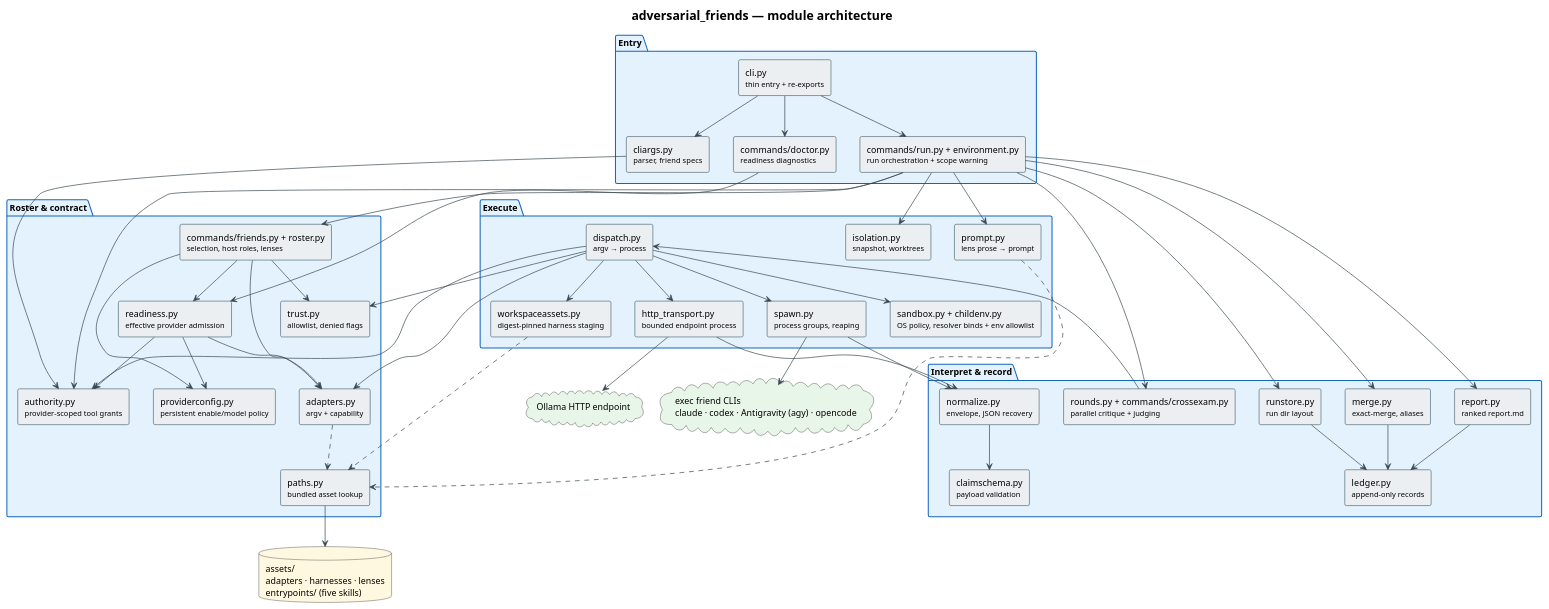
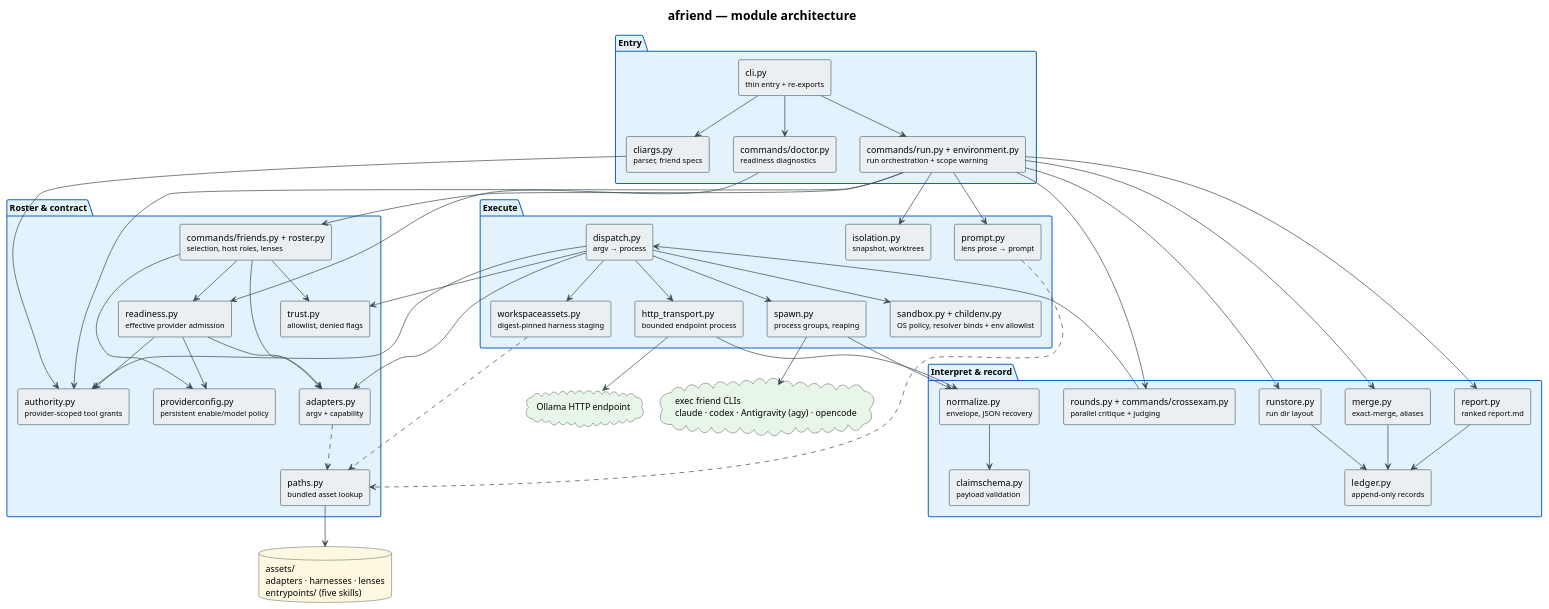
The diagram in docs/architecture/components.puml (livingstaccato/adversarial-friends), drawn with PlantUML before and after one commit. The commit also changed 265 other files, not shown here.

Commit message:
feat!: rename package to afriend

```diff
--- a/docs/architecture/components.puml
+++ b/docs/architecture/components.puml
@@ -1,116 +1,116 @@
 @startuml components
-' Module architecture of the adversarial_friends package.
-' Mirrors the real layout under src/adversarial_friends/.
+' Module architecture of the afriend package.
+' Mirrors the real layout under src/afriend/.
 
 skinparam backgroundColor #FFFFFF
 skinparam defaultFontName "Helvetica"
 skinparam defaultFontSize 13
 skinparam shadowing false
 skinparam ArrowColor #37474F
 skinparam ArrowFontSize 11
 skinparam TitleFontSize 18
 skinparam componentStyle rectangle
 
 skinparam rectangle {
   BorderColor #546E7A
   BackgroundColor #ECEFF1
   BorderThickness 1
   FontSize 13
 }
 skinparam package {
   BorderColor #1565C0
   BackgroundColor #E3F2FD
   FontSize 13
   FontStyle bold
 }
 
-title adversarial_friends — module architecture
+title afriend — module architecture
 
 package "Entry" {
   rectangle "cli.py\n<size:11>thin entry + re-exports</size>" as CLI
   rectangle "cliargs.py\n<size:11>parser, friend specs</size>" as ARGS
   rectangle "commands/run.py + environment.py\n<size:11>run orchestration + scope warning</size>" as RUN
   rectangle "commands/doctor.py\n<size:11>readiness diagnostics</size>" as DOC
 }
 
 package "Roster & contract" {
   rectangle "commands/friends.py + roster.py\n<size:11>selection, host roles, lenses</size>" as ROSTER
   rectangle "providerconfig.py\n<size:11>persistent enable/model policy</size>" as PCONFIG
   rectangle "readiness.py\n<size:11>effective provider admission</size>" as READY
   rectangle "authority.py\n<size:11>provider-scoped tool grants</size>" as AUTH
   rectangle "adapters.py\n<size:11>argv + capability</size>" as ADAPT
   rectangle "trust.py\n<size:11>allowlist, denied flags</size>" as TRUST
   rectangle "paths.py\n<size:11>bundled asset lookup</size>" as PATHS
 }
 
 package "Execute" {
   rectangle "prompt.py\n<size:11>lens prose → prompt</size>" as PROMPT
   rectangle "isolation.py\n<size:11>snapshot, worktrees</size>" as ISO
   rectangle "workspaceassets.py\n<size:11>digest-pinned harness staging</size>" as WSA
   rectangle "sandbox.py + childenv.py\n<size:11>OS policy, resolver binds + env allowlist</size>" as SANDBOX
   rectangle "dispatch.py\n<size:11>argv → process</size>" as DISP
   rectangle "spawn.py\n<size:11>process groups, reaping</size>" as SPAWN
   rectangle "http_transport.py\n<size:11>bounded endpoint process</size>" as HTTPX
 }
 
 package "Interpret & record" {
   rectangle "normalize.py\n<size:11>envelope, JSON recovery</size>" as NORM
   rectangle "claimschema.py\n<size:11>payload validation</size>" as SCHEMA
   rectangle "merge.py\n<size:11>exact-merge, aliases</size>" as MERGE
   rectangle "rounds.py + commands/crossexam.py\n<size:11>parallel critique + judging</size>" as ROUNDS
   rectangle "ledger.py\n<size:11>append-only records</size>" as LEDGER
   rectangle "report.py\n<size:11>ranked report.md</size>" as REPORT
   rectangle "runstore.py\n<size:11>run dir layout</size>" as STORE
 }
 
 database "assets/\nadapters · harnesses · lenses\nentrypoints/ (five skills)" as ASSETS #FFF8E1
 cloud "exec friend CLIs\nclaude · codex · Antigravity (agy) · opencode" as FRIENDS #E8F5E9
 cloud "Ollama HTTP endpoint" as HTTP #E8F5E9
 
 CLI --> ARGS
 CLI --> RUN
 CLI --> DOC
 
 RUN --> ROSTER
 RUN --> AUTH
 RUN --> PROMPT
 RUN --> ISO
 RUN --> ROUNDS
 RUN --> MERGE
 RUN --> STORE
 RUN --> REPORT
 
 ARGS --> AUTH
 ROSTER --> ADAPT
 ROSTER --> PCONFIG
 ROSTER --> READY
 ROSTER --> TRUST
 READY --> PCONFIG
 READY --> AUTH
 READY --> ADAPT
 DOC --> READY
 
 PATHS --> ASSETS
 ADAPT ..> PATHS
 PROMPT ..> PATHS
 WSA ..> PATHS
 
 ROUNDS --> DISP
 DISP --> ADAPT
 DISP --> AUTH
 DISP --> TRUST
 DISP --> WSA
 DISP --> SANDBOX
 DISP --> SPAWN
 DISP --> HTTPX
 SPAWN --> FRIENDS
 SPAWN --> NORM
 HTTPX --> HTTP
 HTTPX --> NORM
 NORM --> SCHEMA
 
 MERGE --> LEDGER
 STORE --> LEDGER
 REPORT --> LEDGER
 
 @enduml
```
